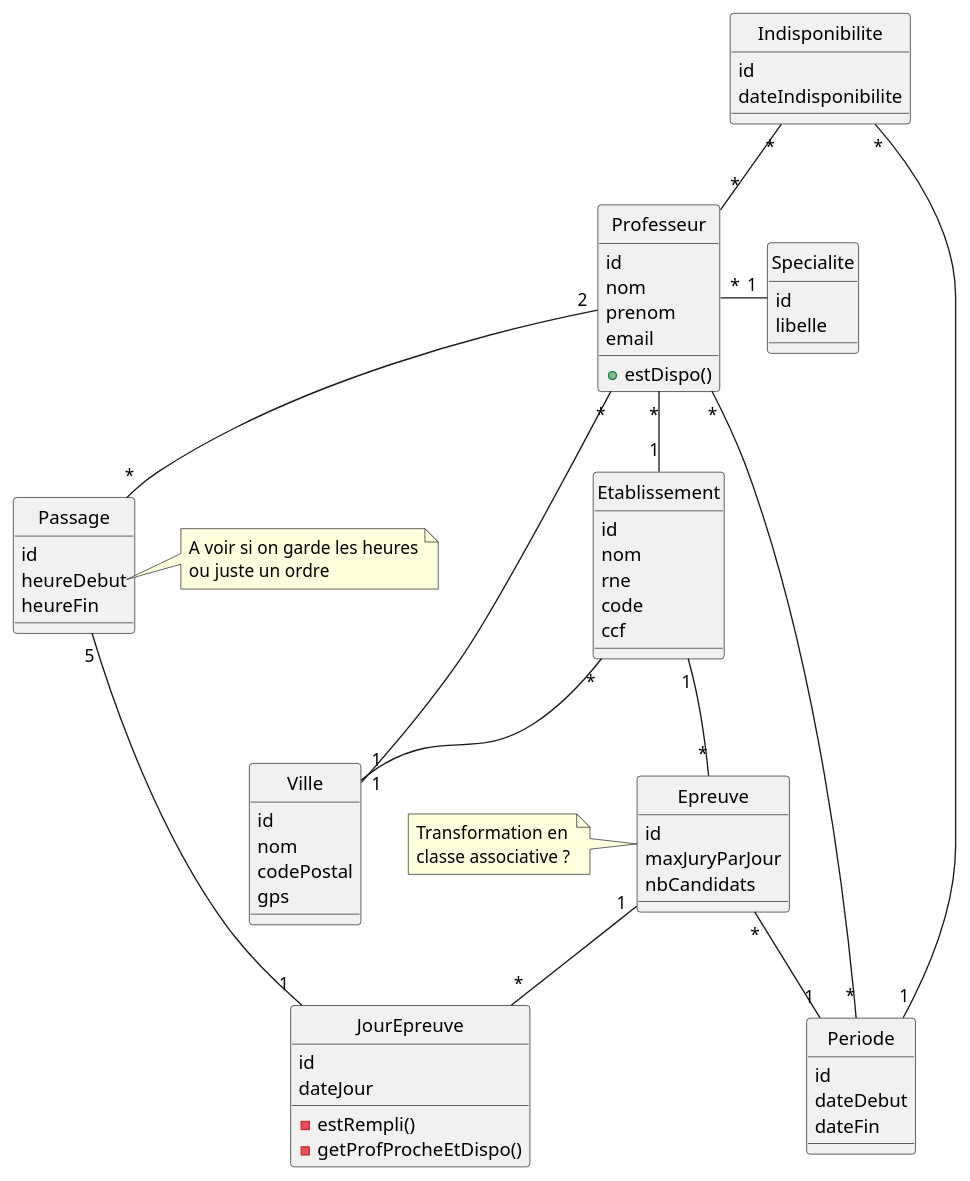
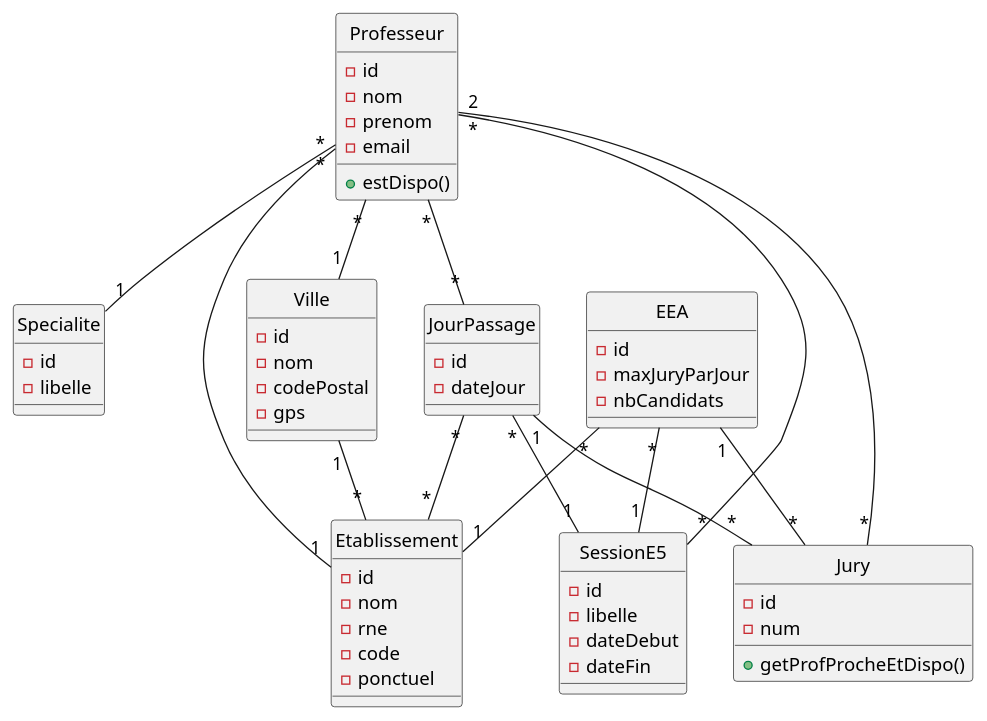
Before and after one commit to ocapuozzo/planexam: the diagram in docs/analyse.puml, drawn with PlantUML.

Commit message:
Maj analyse

```diff
--- a/docs/analyse.puml
+++ b/docs/analyse.puml
@@ -1,95 +1,86 @@
 @startuml
 'https://plantuml.com/class-diagram
 
 class Etablissement {
-id
-nom
-rne
-code
-ccf
+-id
+-nom
+-rne
+-code
+-ponctuel
 }
 
 
 class Ville {
-id
-nom
-codePostal
-gps
+-id
+-nom
+-codePostal
+-gps
 }
 
 class Professeur{
-id
-nom
-prenom
-email
+-id
+-nom
+-prenom
+-email
 +estDispo()
 }
 
 class Specialite{
-id
-libelle
+-id
+-libelle
 }
 
 
-class Epreuve{
-id
-maxJuryParJour
-nbCandidats
+class EEA{
+-id
+-maxJuryParJour
+-nbCandidats
 }
 
-class Periode{
-id
-dateDebut
-dateFin
+class SessionE5{
+-id
+-libelle
+-dateDebut
+-dateFin
 }
 
-class Passage{
-id
-heureDebut
-heureFin
+class Jury{
+-id
+-num
++getProfProcheEtDispo()
 }
 
 
-class JourEpreuve{
-id
-dateJour
--estRempli()
--getProfProcheEtDispo()
+class JourPassage{
+-id
+-dateJour
+
 }
 
-class Indisponibilite{
-id
-dateIndisponibilite
-}
+Professeur "*" -- "1" Ville
+Professeur "*" -- "1" Specialite
+Professeur "2" -- "*" Jury
+Professeur "*" -- "1" Etablissement
+Professeur "*" -- "*" SessionE5
 
-Etablissement "*" -- "1" Ville: "\t\t\t"
-Professeur "*" --"1" Etablissement
-Professeur "*" -- "1" Ville
-Professeur "*" - "1" Specialite
-Etablissement "1" -- "*" Epreuve
-Epreuve "*"--"1" Periode
-Professeur "*"--"*" Periode
-Professeur "2"--"*" Passage
-Passage "5"--"1" JourEpreuve
-Indisponibilite "*"--"*" Professeur
-Indisponibilite "*"-"1" Periode
-Epreuve "1" --"*" JourEpreuve
+Professeur "*" -- "*" JourPassage
+
+JourPassage "1" -- "*" Jury
+JourPassage "*" -- "*" Etablissement
+JourPassage "*" -- "1" SessionE5
+
+EEA "1" -- "*" Jury
+EEA "*" -- "1" SessionE5
+EEA "*" -- "1" Etablissement
+
+Ville "1" -- "*" Etablissement
 
 
-note right of Passage::heureDebut
-    A voir si on garde les heures
-    ou juste un ordre
-end note
-
-note left of Epreuve
-    Transformation en
-    classe associative ?
-end note
 
 
 
 
 
 hide circle
 
 @enduml
```
